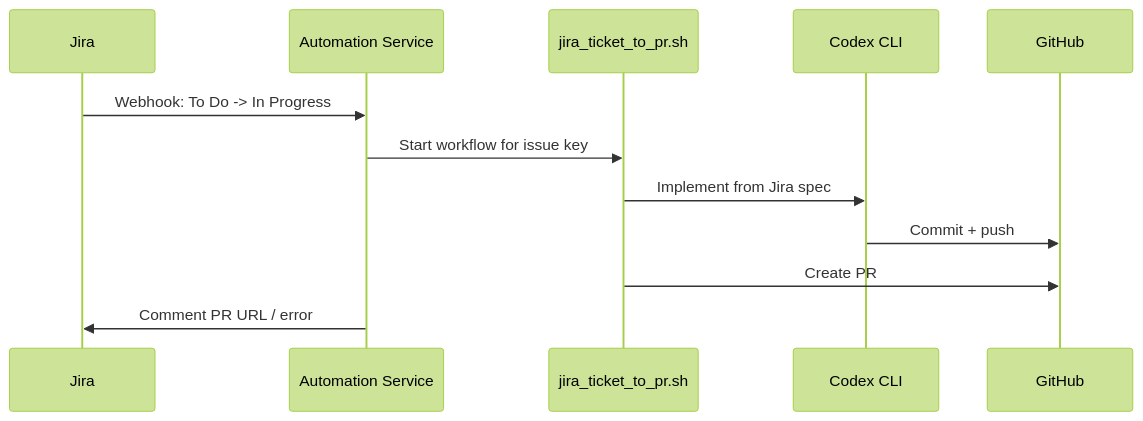
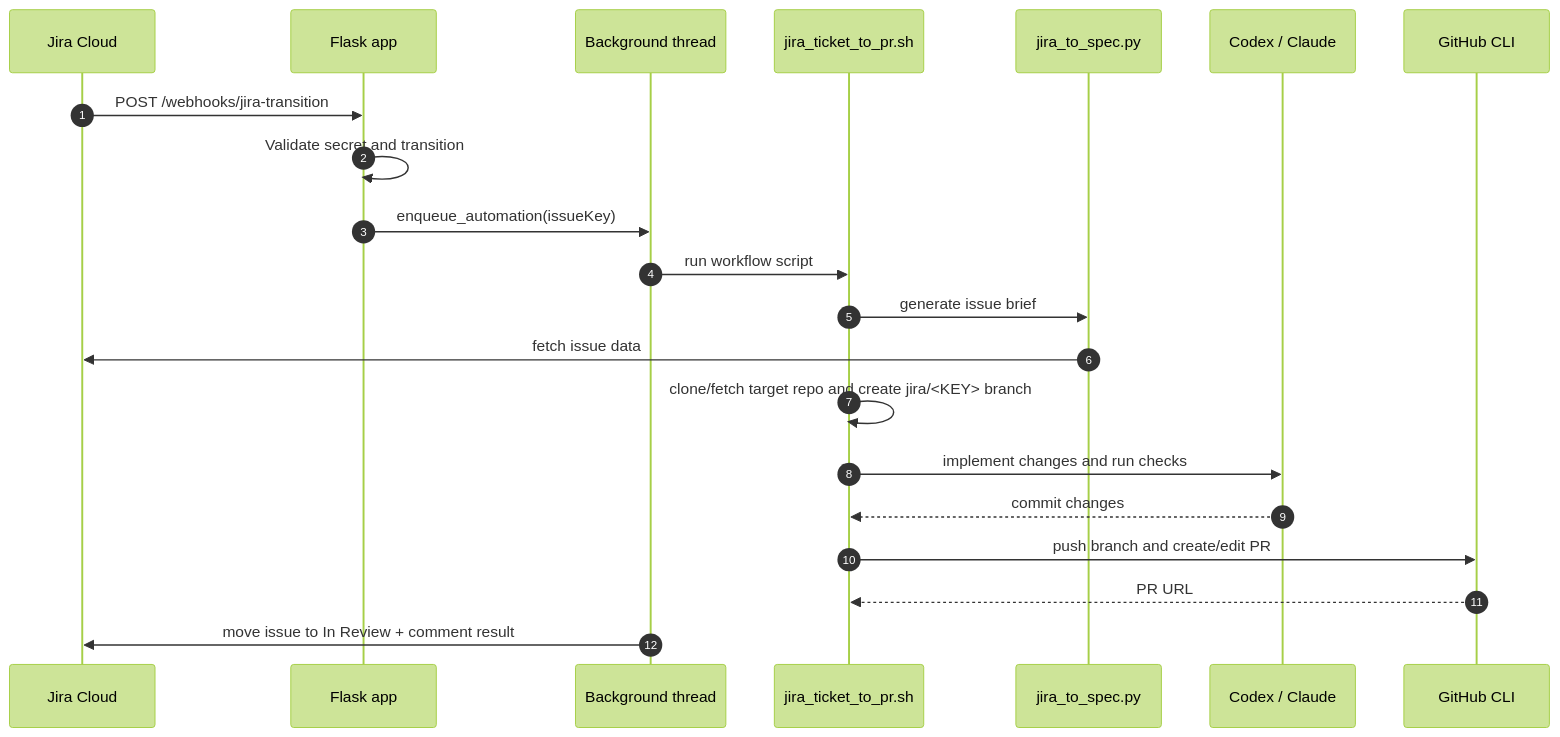
One commit to RDK995/JiraWorkflowAutomation changed the second of 7 diagrams in README.md. Above: the diagram before and after it, drawn with Mermaid (forest theme). The commit also changed other lines of this file and 2 other files, not shown here.

````diff
--- a/README.md
+++ b/README.md
@@ -18,15 +88,24 @@
 ```mermaid
 sequenceDiagram
-    participant Jira as Jira
-    participant App as Automation Service
+    autonumber
+    participant Jira as Jira Cloud
+    participant App as Flask app
+    participant Worker as Background thread
     participant Script as jira_ticket_to_pr.sh
-    participant Codex as Codex CLI
-    participant GitHub as GitHub
+    participant Spec as jira_to_spec.py
+    participant AI as Codex / Claude
+    participant GH as GitHub CLI
 
-    Jira->>App: Webhook: To Do -> In Progress
-    App->>Script: Start workflow for issue key
-    Script->>Codex: Implement from Jira spec
-    Codex->>GitHub: Commit + push
-    Script->>GitHub: Create PR
-    App->>Jira: Comment PR URL / error
+    Jira->>App: POST /webhooks/jira-transition
+    App->>App: Validate secret and transition
+    App->>Worker: enqueue_automation(issueKey)
+    Worker->>Script: run workflow script
+    Script->>Spec: generate issue brief
+    Spec->>Jira: fetch issue data
+    Script->>Script: clone/fetch target repo and create jira/<KEY> branch
+    Script->>AI: implement changes and run checks
+    AI-->>Script: commit changes
+    Script->>GH: push branch and create/edit PR
+    GH-->>Script: PR URL
+    Worker->>Jira: move issue to In Review + comment result
 ```
````
